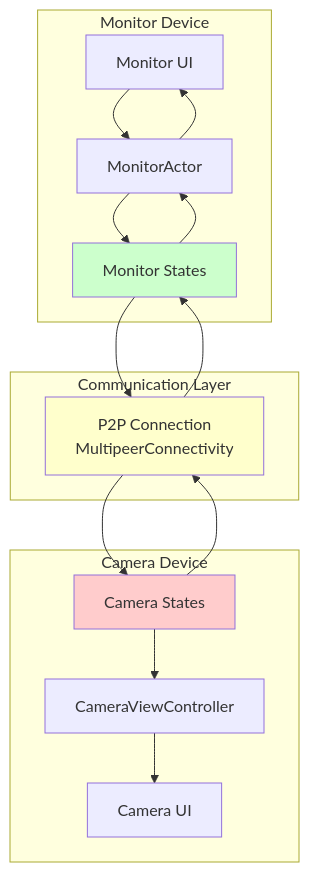
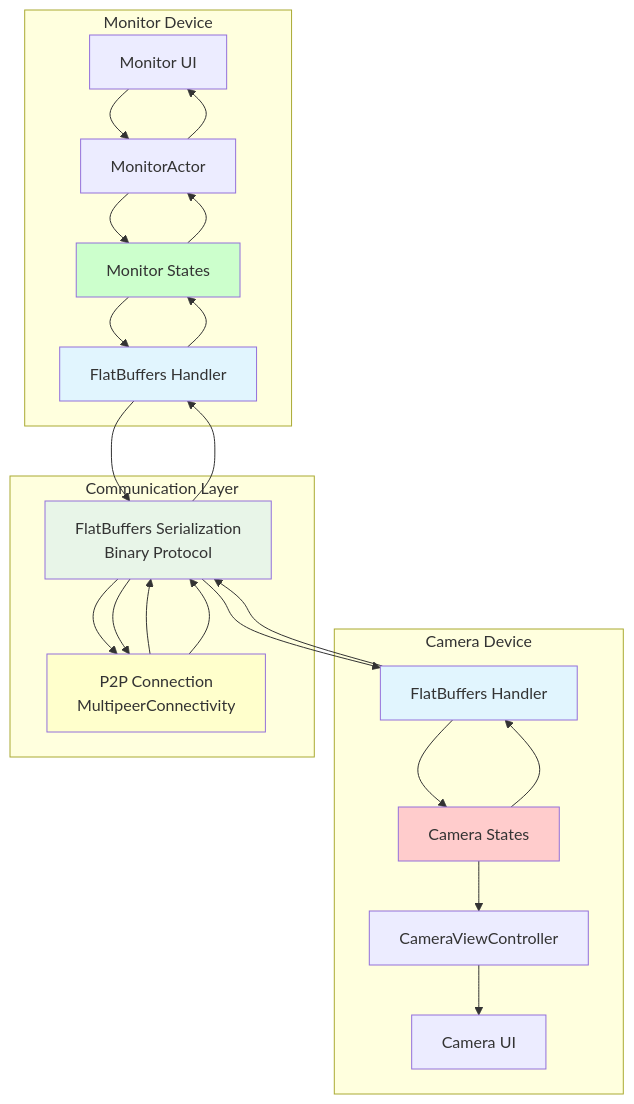
The first of 4 diagrams in ARCHITECTURE.md (security-union/remote-shutter), drawn with Mermaid before and after one commit. The commit also changed other lines of this file, not shown here.

````diff
--- a/ARCHITECTURE.md
+++ b/ARCHITECTURE.md
@@ -26,34 +33,48 @@
 ```mermaid
 graph TD
     subgraph "Monitor Device"
         MUI[Monitor UI]
         MA[MonitorActor]
         MS[Monitor States]
+        MFB[FlatBuffers Handler]
     end
     
     subgraph "Camera Device"
         CUI[Camera UI]
         CVC[CameraViewController]
         CS[Camera States]
+        CFB[FlatBuffers Handler]
     end
     
     subgraph "Communication Layer"
         P2P[P2P Connection<br/>MultipeerConnectivity]
+        FB[FlatBuffers Serialization<br/>Binary Protocol]
     end
     
     MUI --> MA
     MA --> MS
-    MS --> P2P
-    P2P --> CS
+    MS --> MFB
+    MFB --> FB
+    FB --> P2P
+    P2P --> FB
+    FB --> CFB
+    CFB --> CS
     CS --> CVC
     CVC --> CUI
     
-    CS --> P2P
-    P2P --> MS
+    CS --> CFB
+    CFB --> FB
+    FB --> P2P
+    P2P --> FB
+    FB --> MFB
+    MFB --> MS
     MS --> MA
     MA --> MUI
     
     style P2P fill:#ffffcc
+    style FB fill:#e8f5e8
     style MS fill:#ccffcc
     style CS fill:#ffcccc
+    style MFB fill:#e1f5fe
+    style CFB fill:#e1f5fe
 ```
````
